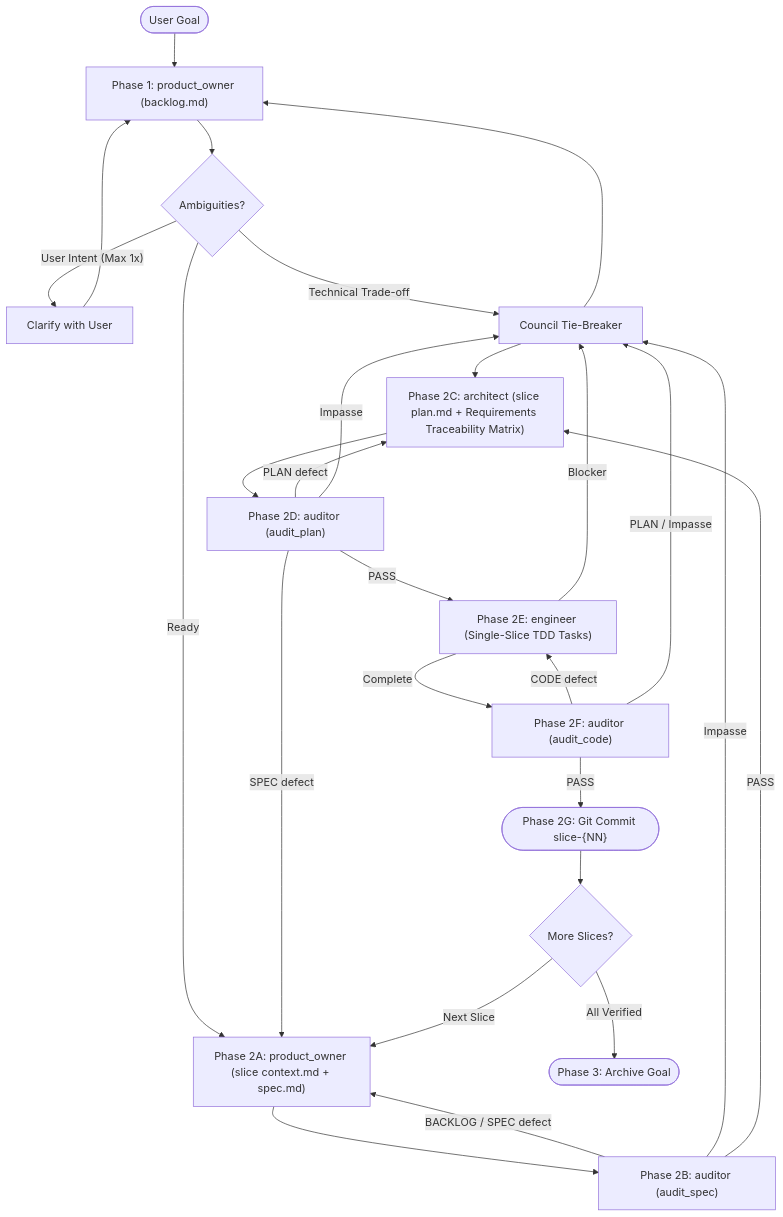
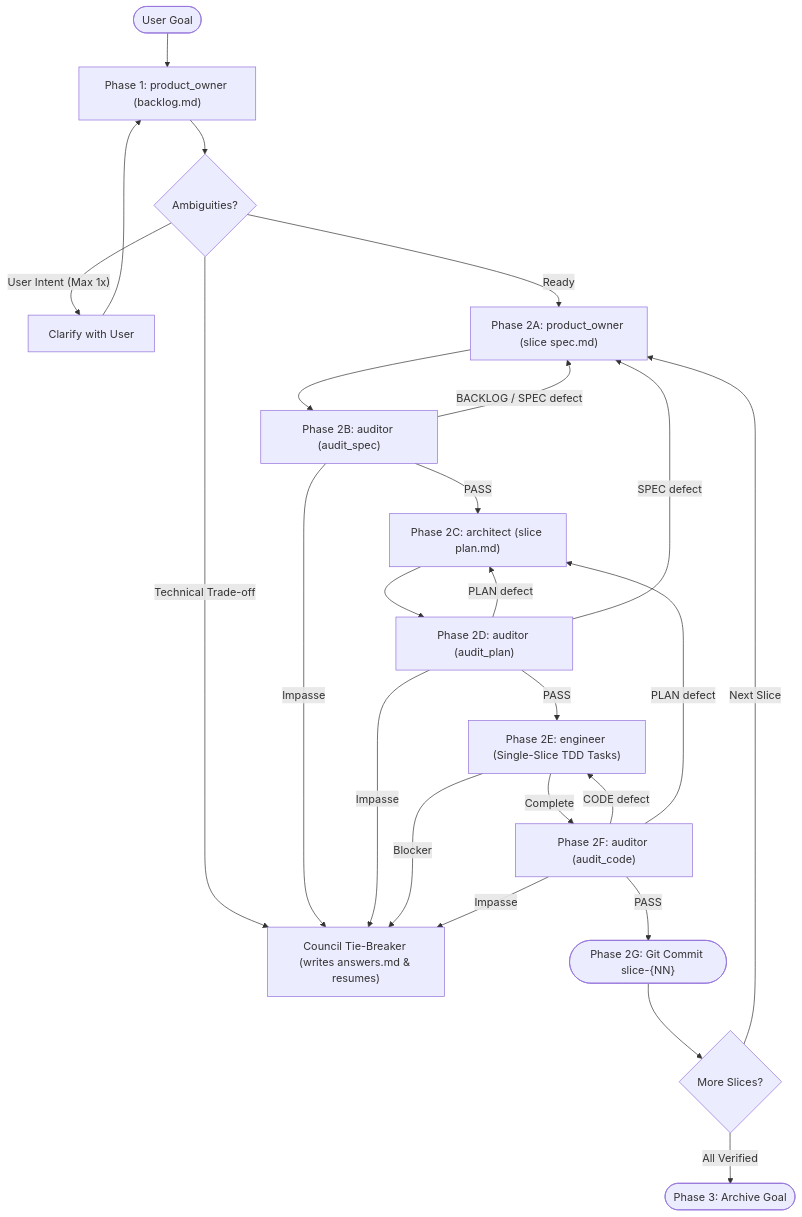
One commit to jjdelorme/plan-commands changed the diagram in skills/asdlc/SKILL.md. Above: the diagram before and after it, drawn with Mermaid. The commit also changed other lines of this file and 7 other files, not shown here.

````diff
--- a/skills/asdlc/SKILL.md
+++ b/skills/asdlc/SKILL.md
@@ -32,25 +40,26 @@
 ```mermaid
 graph TD
     Start(["User Goal"]) --> POBacklog["Phase 1: product_owner (backlog.md)"]
     POBacklog --> Questions{"Ambiguities?"}
     Questions -- "User Intent (Max 1x)" --> AskUser["Clarify with User"] --> POBacklog
-    Questions -- "Technical Trade-off" --> Council["Council Tie-Breaker"] --> POBacklog
-    Questions -- "Ready" --> POSlice["Phase 2A: product_owner (slice context.md + spec.md)"]
+    Questions -- "Technical Trade-off" --> Council["Council Tie-Breaker (writes answers.md & resumes)"]
+    Questions -- "Ready" --> POSlice["Phase 2A: product_owner (slice spec.md)"]
     POSlice --> SpecAudit["Phase 2B: auditor (audit_spec)"]
     SpecAudit -- "BACKLOG / SPEC defect" --> POSlice
     SpecAudit -- "Impasse" --> Council
-    SpecAudit -- "PASS" --> Architect["Phase 2C: architect (slice plan.md + Requirements Traceability Matrix)"]
+    SpecAudit -- "PASS" --> Architect["Phase 2C: architect (slice plan.md)"]
     Architect --> PlanAudit["Phase 2D: auditor (audit_plan)"]
     PlanAudit -- "PLAN defect" --> Architect
     PlanAudit -- "SPEC defect" --> POSlice
     PlanAudit -- "Impasse" --> Council
     PlanAudit -- "PASS" --> Engineer["Phase 2E: engineer (Single-Slice TDD Tasks)"]
-    Engineer -- "Blocker" --> Council --> Architect
+    Engineer -- "Blocker" --> Council
     Engineer -- "Complete" --> CodeAudit["Phase 2F: auditor (audit_code)"]
     CodeAudit -- "CODE defect" --> Engineer
-    CodeAudit -- "PLAN / Impasse" --> Council
+    CodeAudit -- "PLAN defect" --> Architect
+    CodeAudit -- "Impasse" --> Council
     CodeAudit -- "PASS" --> Commit(["Phase 2G: Git Commit slice-{NN}"])
     Commit --> MoreSlices{"More Slices?"}
     MoreSlices -- "Next Slice" --> POSlice
     MoreSlices -- "All Verified" --> Archive(["Phase 3: Archive Goal"])
 ```
````
